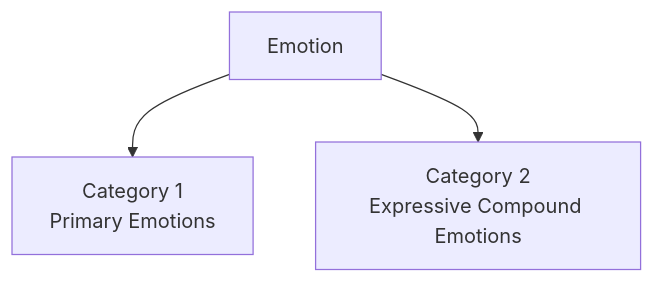
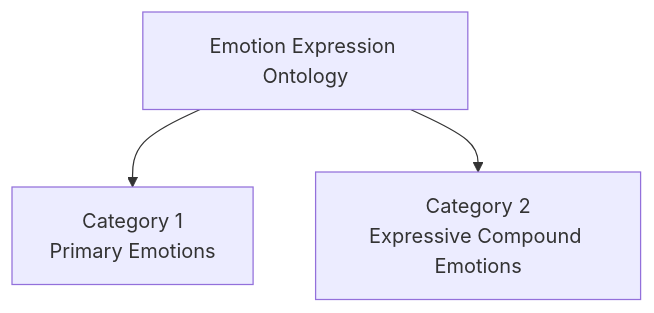
Before and after one commit to zuanfilm/Krea2-Prompt-Director: the second of 3 diagrams in docs/adr/emotion.md, drawn with Mermaid. The commit also changed other lines of this file, not shown here.

First line of the commit message:
docs(ontology): refine Emotion Expression Ontology specification

````diff
--- a/docs/adr/emotion.md
+++ b/docs/adr/emotion.md
@@ -234,12 +125,12 @@
 ```mermaid
 flowchart TD
 
-    Emotion["Emotion"]
+    Emotion["Emotion Expression Ontology"]
 
     Primary["Category 1<br/>Primary Emotions"]
 
     Compound["Category 2<br/>Expressive Compound Emotions"]
 
     Emotion --> Primary
     Emotion --> Compound
 ```
````
